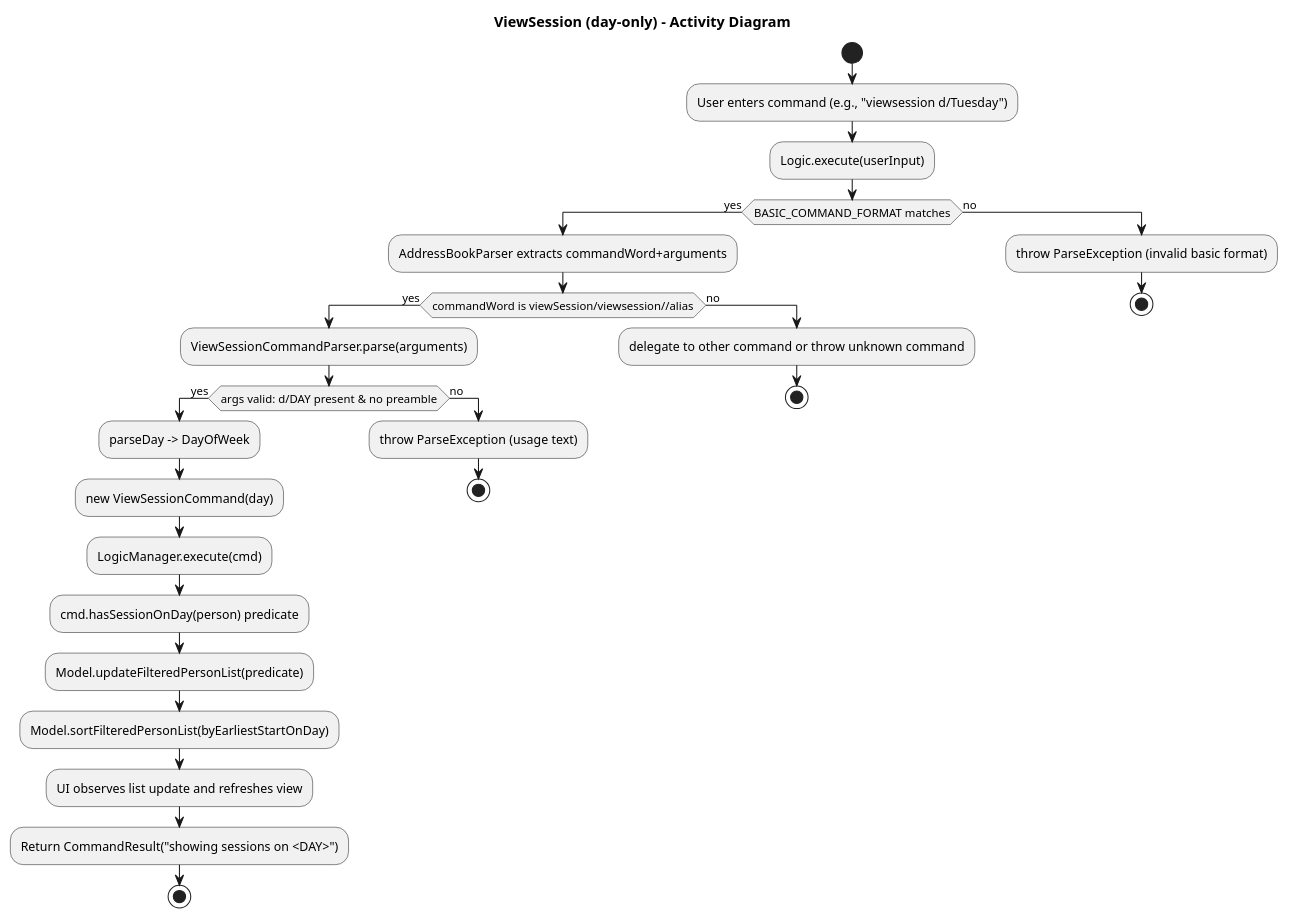
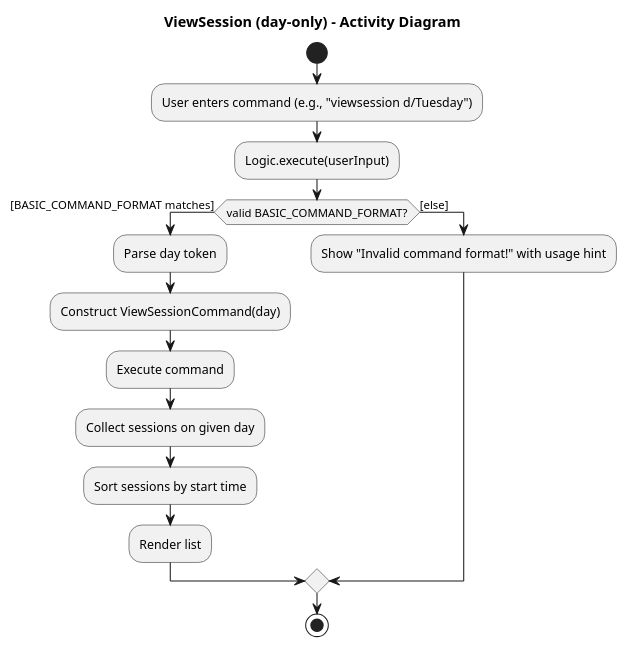
One commit to tgonet/tp changed the diagram in docs/diagrams/ViewSessionActivityDiagram.puml. Above: the diagram before and after it, drawn with PlantUML. The commit also changed 24 other files, not shown here.

```diff
--- a/docs/diagrams/ViewSessionActivityDiagram.puml
+++ b/docs/diagrams/ViewSessionActivityDiagram.puml
@@ -1,34 +1,20 @@
 @startuml
 title ViewSession (day-only) - Activity Diagram
 
 start
 :User enters command (e.g., "viewsession d/Tuesday");
 :Logic.execute(userInput);
 
-if (BASIC_COMMAND_FORMAT matches) then (yes)
-  :AddressBookParser extracts commandWord+arguments;
-  if (commandWord is viewSession/viewsession//alias) then (yes)
-    :ViewSessionCommandParser.parse(arguments);
-    if (args valid: d/DAY present & no preamble) then (yes)
-      :parseDay -> DayOfWeek;
-      :new ViewSessionCommand(day);
-      :LogicManager.execute(cmd);
-      :cmd.hasSessionOnDay(person) predicate;
-      :Model.updateFilteredPersonList(predicate);
-      :Model.sortFilteredPersonList(byEarliestStartOnDay);
-      :UI observes list update and refreshes view;
-      :Return CommandResult("showing sessions on <DAY>");
-      stop
-    else (no)
-      :throw ParseException (usage text);
-      stop
-    endif
-  else (no)
-    :delegate to other command or throw unknown command;
-    stop
-  endif
-else (no)
-  :throw ParseException (invalid basic format);
-  stop
+if (valid BASIC_COMMAND_FORMAT?) then ([BASIC_COMMAND_FORMAT matches])
+  :Parse day token;
+  :Construct ViewSessionCommand(day);
+  :Execute command;
+  :Collect sessions on given day;
+  :Sort sessions by start time;
+  :Render list;
+else ([else])
+  :Show "Invalid command format!" with usage hint;
 endif
+
+stop
 @enduml
```
